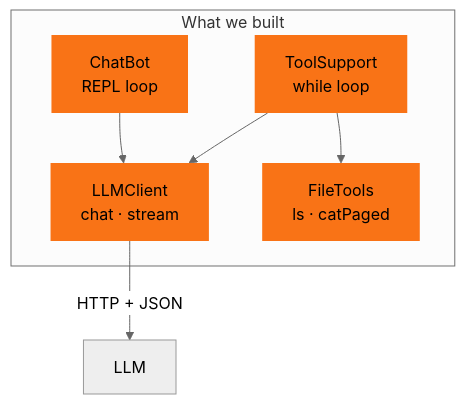
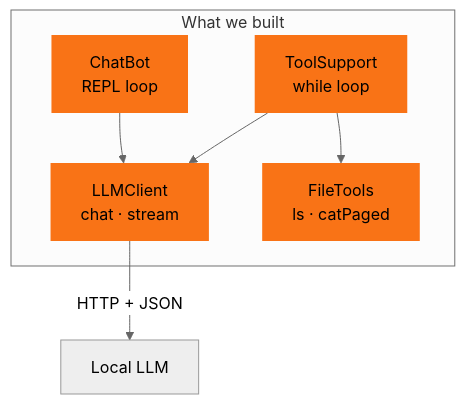
The ninth of 9 diagrams in slides/slides.md (parttimenerd/tiny-llm-library-demo), drawn with Mermaid (neutral theme) before and after one commit. The commit also changed other lines of this file and 10 other files, not shown here.

````diff
--- a/slides/slides.md
+++ b/slides/slides.md
@@ -1988,19 +2281,19 @@
 ```mermaid
 flowchart TB
   subgraph "What we built"
-    lc["LLMClient\nchat · stream"]
-    cb["ChatBot\nREPL loop"]
-    ts["ToolSupport\nwhile loop"]
-    ft["FileTools\nls · catPaged"]
+    lc["LLMClient<br>chat · stream"]
+    cb["ChatBot<br>REPL loop"]
+    ts["ToolSupport<br>while loop"]
+    ft["FileTools<br>ls · catPaged"]
   end
 
   cb --> lc
   ts --> lc
   ts --> ft
-  lc -->|"HTTP + JSON"| llm["LLM"]
+  lc -->|"HTTP + JSON"| llm["Local LLM"]
 
   style lc fill:#f97316,color:#000,stroke:none
   style cb fill:#f97316,color:#000,stroke:none
   style ts fill:#f97316,color:#000,stroke:none
   style ft fill:#f97316,color:#000,stroke:none
 ```
````
